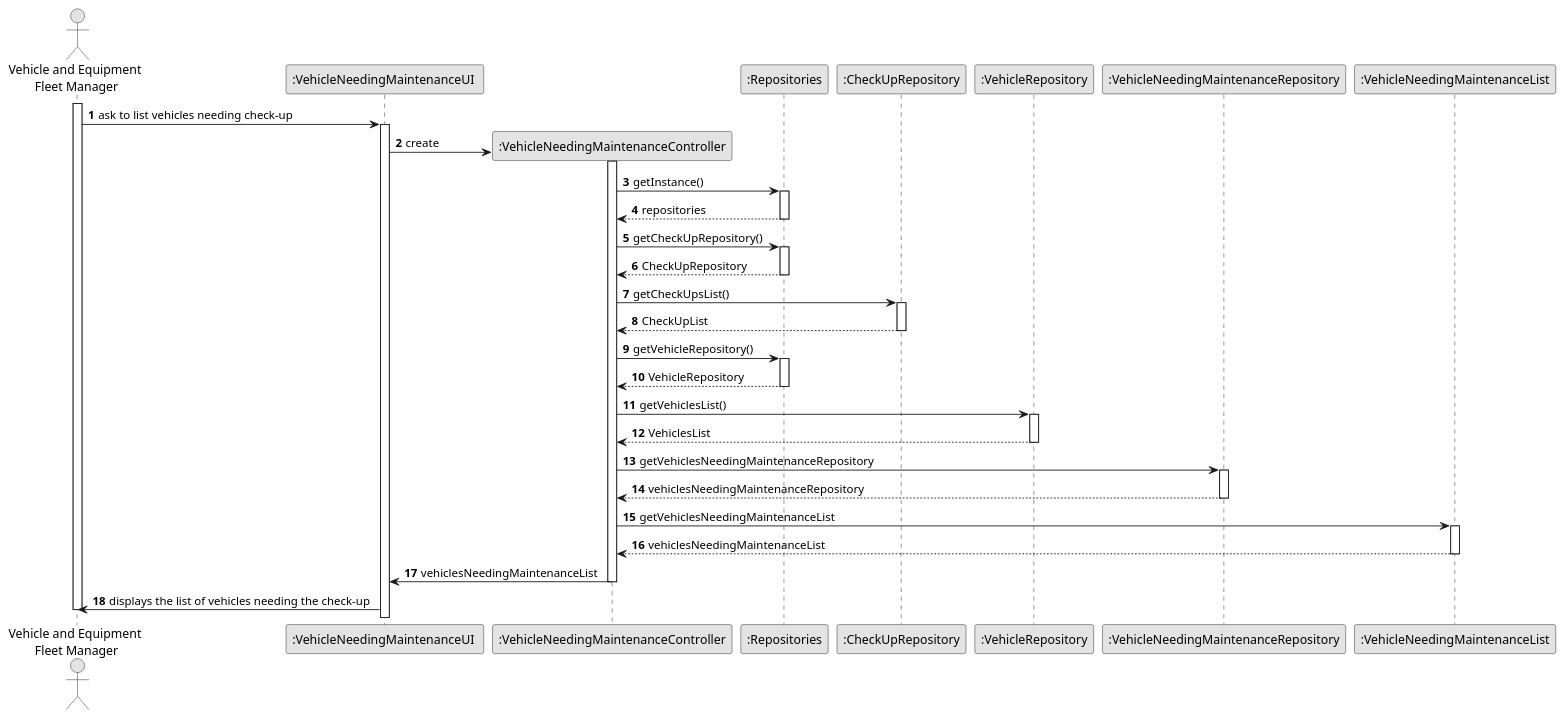
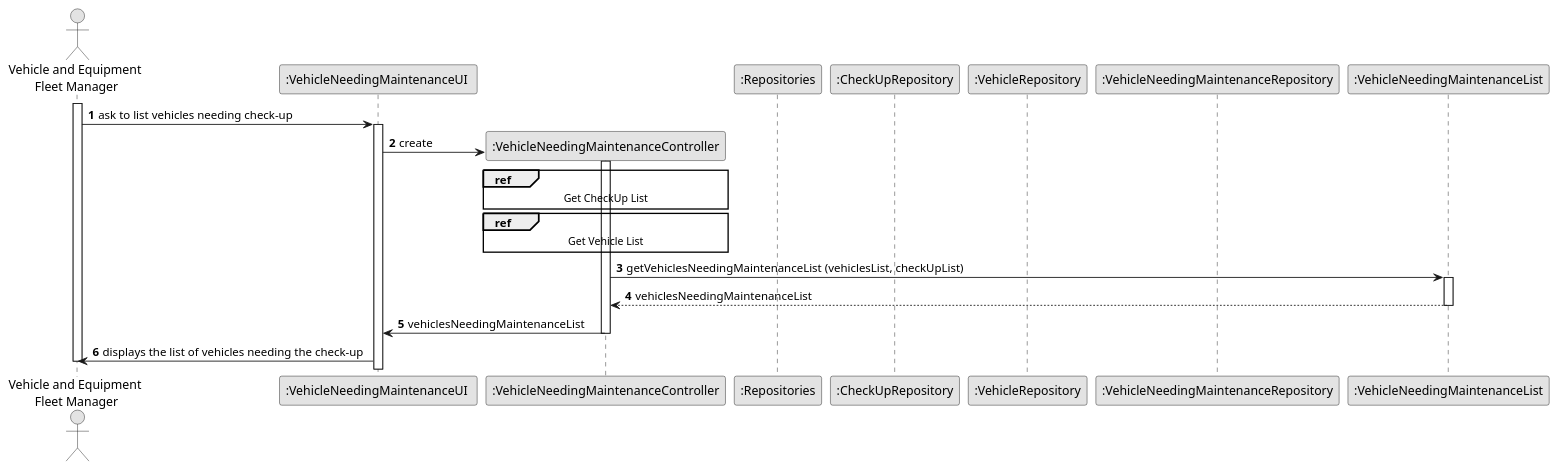
The diagram in docs/sprintA&B/us008/03.design/puml/us008-sequence-diagram-split.puml (daniel41silva05/ISEP_2023_2024_LAPR2), drawn with PlantUML before and after one commit. The commit also changed 2 other files, not shown here.

Commit message:
US008 - sequence diagram split

```diff
--- a/docs/sprintA&B/us008/03.design/puml/us008-sequence-diagram-split.puml
+++ b/docs/sprintA&B/us008/03.design/puml/us008-sequence-diagram-split.puml
@@ -1,94 +1,52 @@
 @startuml
 skinparam monochrome true
 skinparam packageStyle rectangle
 skinparam shadowing false
 
 autonumber
 
 actor "Vehicle and Equipment\n Fleet Manager" as VFM
 participant ":VehicleNeedingMaintenanceUI " as UI
 participant ":VehicleNeedingMaintenanceController" as CTRL
 participant ":Repositories" as RepositorySingleton
 participant ":CheckUpRepository" as CheckUpRepository
 participant ":VehicleRepository" as VR
 participant ":VehicleNeedingMaintenanceRepository" as MaintenanceRep
 participant ":VehicleNeedingMaintenanceList" as MaintenanceList
 
 activate VFM
 
         VFM -> UI : ask to list vehicles needing check-up
 
         activate UI
 
             UI -> CTRL** : create
 
             activate CTRL
 
-                CTRL -> RepositorySingleton : getInstance()
-                activate RepositorySingleton
+                 ref over CTRL
+                        Get CheckUp List
+                 end ref
 
-                    RepositorySingleton --> CTRL: repositories
+                  ref over CTRL
+                            Get Vehicle List
+                    end ref
 
-                deactivate RepositorySingleton
 
-                CTRL -> RepositorySingleton : getCheckUpRepository()
-
-                activate RepositorySingleton
-
-                    RepositorySingleton --> CTRL: CheckUpRepository
-
-               deactivate RepositorySingleton
-
-                    CTRL -> CheckUpRepository : getCheckUpsList()
-
-               activate CheckUpRepository
-
-               CheckUpRepository --> CTRL: CheckUpList
-
-               deactivate CheckUpRepository
-
-                deactivate CheckUpRepository
-
-                              deactivate RepositorySingleton
-
-                              CTRL -> RepositorySingleton : getVehicleRepository()
-
-                              activate RepositorySingleton
-
-                                  RepositorySingleton --> CTRL: VehicleRepository
-
-                             deactivate RepositorySingleton
-
-                              CTRL -> VR : getVehiclesList()
-
-                              activate VR
-
-                              VR --> CTRL: VehiclesList
-
-                              deactivate VR
-
-                             CTRL -> MaintenanceRep: getVehiclesNeedingMaintenanceRepository
-
-                              activate MaintenanceRep
-
-                             MaintenanceRep --> CTRL: vehiclesNeedingMaintenanceRepository
-
-                              deactivate MaintenanceRep
-
-                              CTRL -> MaintenanceList: getVehiclesNeedingMaintenanceList
+                              CTRL -> MaintenanceList: getVehiclesNeedingMaintenanceList (vehiclesList, checkUpList)
 
                               activate MaintenanceList
 
                               MaintenanceList --> CTRL: vehiclesNeedingMaintenanceList
 
                               deactivate MaintenanceList
 
                               CTRL -> UI : vehiclesNeedingMaintenanceList
 
                           deactivate CTRL
 
                 UI -> VFM : displays the list of vehicles needing the check-up
 
 deactivate VFM
 
 @enduml
```
